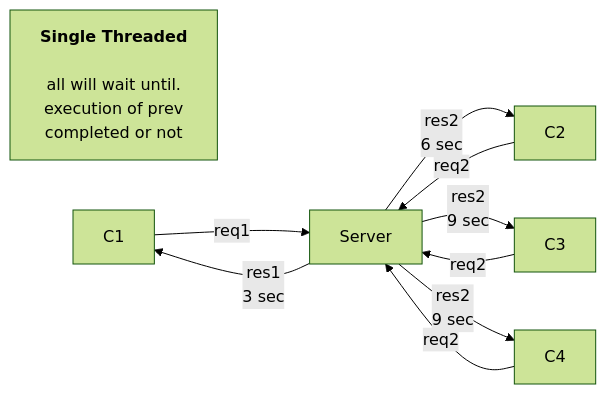
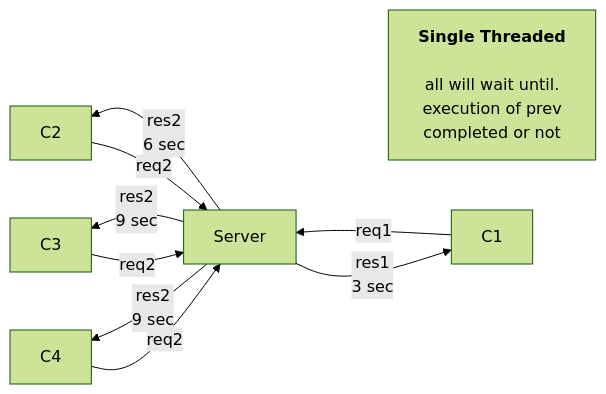
The third of 5 diagrams in Backend/Node_js.MD (shubham21155102/Archieve), drawn with Mermaid (forest theme) before and after one commit. The commit also changed other lines of this file and 1 other file, not shown here.

````diff
--- a/Backend/Node_js.MD
+++ b/Backend/Node_js.MD
@@ -34,12 +29,12 @@
 ```mermaid
-graph LR;
+graph RL;
 A[<strong>Single Threaded</strong><br><br>all will wait until.<br> execution of prev <br> completed or not]
 C1--req1-->S[Server]
 S--res1<br>3 sec-->C1
 C2--req2-->S
 S--res2<br>6 sec-->C2
 C3--req2-->S
 S--res2<br>9 sec-->C3
 C4--req2-->S
 S--res2<br>9 sec-->C4
 ```
````
